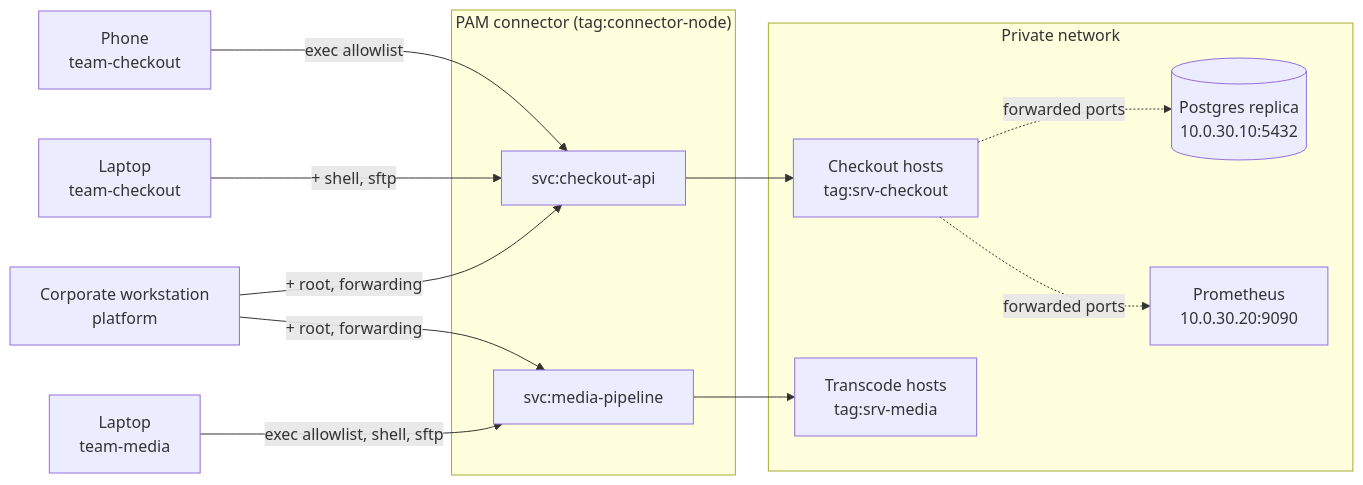
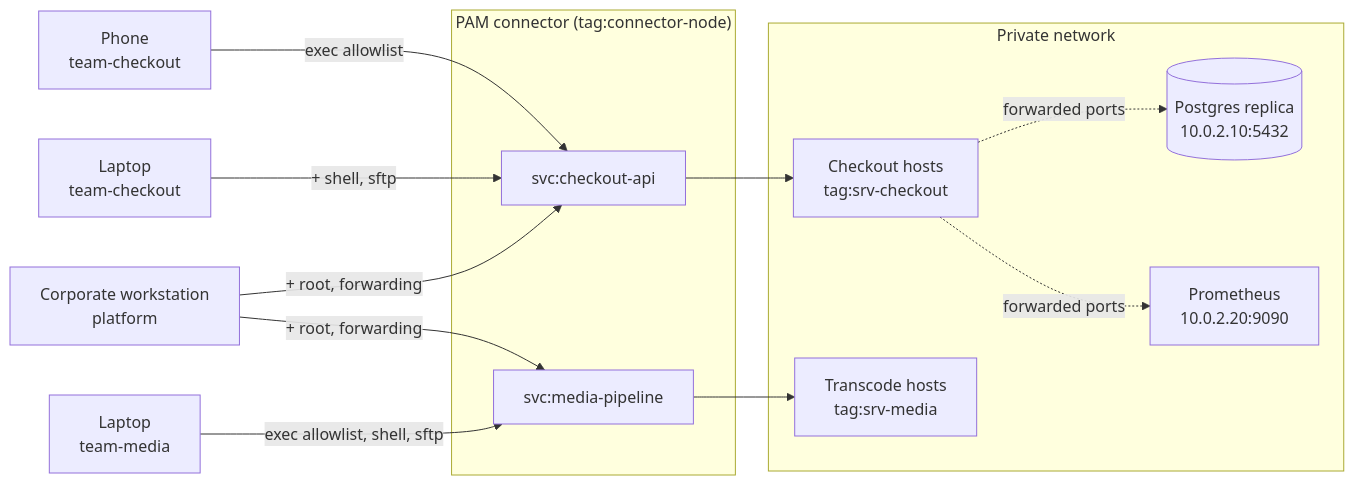
The diagram in 03-ssh-device-posture/README.md (tailscale-dev/pam-recipes), drawn with Mermaid before and after one commit. The commit also changed other lines of this file and 8 other files, not shown here.

````diff
--- a/03-ssh-device-posture/README.md
+++ b/03-ssh-device-posture/README.md
@@ -15,30 +16,30 @@
 ```mermaid
 flowchart LR
     phone["Phone<br/>team-checkout"]
     laptop["Laptop<br/>team-checkout"]
     medialaptop["Laptop<br/>team-media"]
     workstation["Corporate workstation<br/>platform"]
 
     subgraph connector["PAM connector (tag:connector-node)"]
         svc1["svc:checkout-api"]
         svc2["svc:media-pipeline"]
     end
 
     subgraph private["Private network"]
         checkout["Checkout hosts<br/>tag:srv-checkout"]
         media["Transcode hosts<br/>tag:srv-media"]
-        pg[("Postgres replica<br/>10.0.30.10:5432")]
-        prom["Prometheus<br/>10.0.30.20:9090"]
+        pg[("Postgres replica<br/>10.0.2.10:5432")]
+        prom["Prometheus<br/>10.0.2.20:9090"]
     end
 
     phone -->|"exec allowlist"| svc1
     laptop -->|"+ shell, sftp"| svc1
     workstation -->|"+ root, forwarding"| svc1
     workstation -->|"+ root, forwarding"| svc2
     medialaptop -->|"exec allowlist, shell, sftp"| svc2
 
     svc1 --> checkout
     svc2 --> media
     checkout -.->|"forwarded ports"| pg
     checkout -.->|"forwarded ports"| prom
 ```
````
